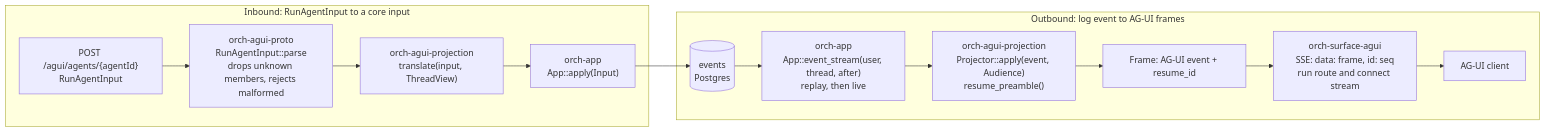
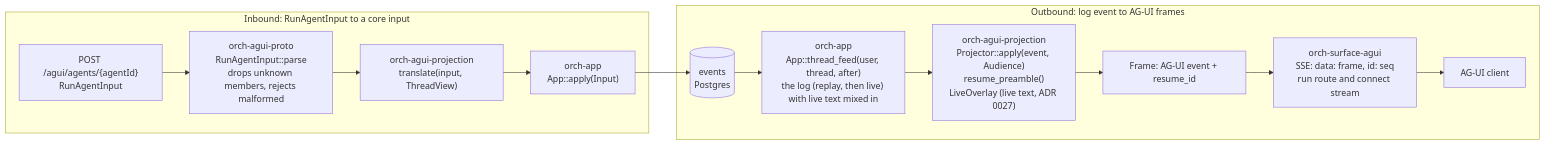
Before and after one commit to vymalo/another-agentic-system: the ninth of 14 diagrams in docs/architecture.md, drawn with Mermaid. The commit also changed other lines of this file and 75 other files, not shown here.

First line of the commit message:
feat: live text — the agent's words relayed as they are written (text-stream/v1, ADR 0027) (#80)

````diff
--- a/docs/architecture.md
+++ b/docs/architecture.md
@@ -412,21 +412,21 @@
 ```mermaid
 flowchart LR
   subgraph INB["Inbound: RunAgentInput to a core input"]
     post["POST /agui/agents/{agentId}<br/>RunAgentInput"]
     parse["orch-agui-proto<br/>RunAgentInput::parse<br/>drops unknown members, rejects malformed"]
     tr["orch-agui-projection<br/>translate(input, ThreadView)"]
     apply["orch-app<br/>App::apply(Input)"]
     post --> parse --> tr --> apply
   end
   subgraph OUTB["Outbound: log event to AG-UI frames"]
     log[("events<br/>Postgres")]
-    es["orch-app<br/>App::event_stream(user, thread, after)<br/>replay, then live"]
-    pj["orch-agui-projection<br/>Projector::apply(event, Audience)<br/>resume_preamble()"]
+    es["orch-app<br/>App::thread_feed(user, thread, after)<br/>the log (replay, then live) with live text mixed in"]
+    pj["orch-agui-projection<br/>Projector::apply(event, Audience)<br/>resume_preamble()<br/>LiveOverlay (live text, ADR 0027)"]
     fr["Frame: AG-UI event + resume_id"]
     sse["orch-surface-agui<br/>SSE: data: frame, id: seq<br/>run route and connect stream"]
     cli["AG-UI client"]
     log --> es --> pj --> fr --> sse --> cli
   end
   apply --> log
   classDef planned stroke-dasharray: 5 5,fill:none
 ```
````
